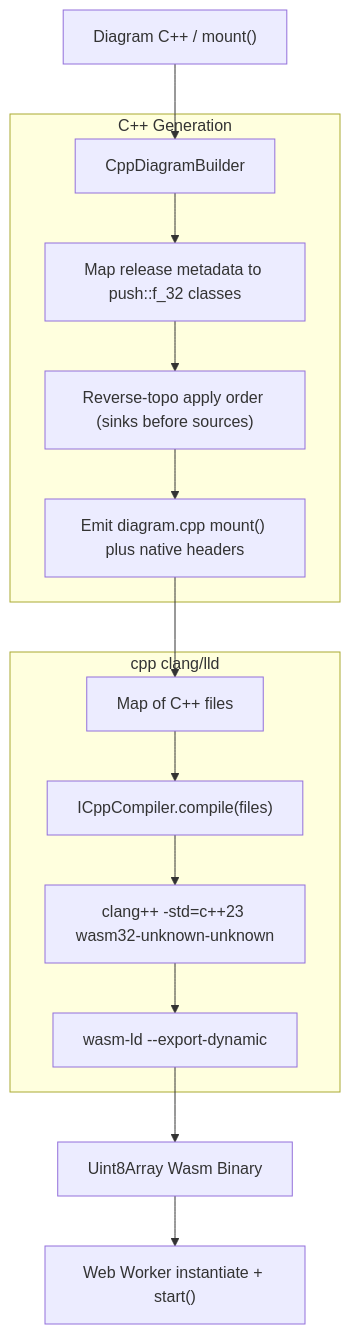
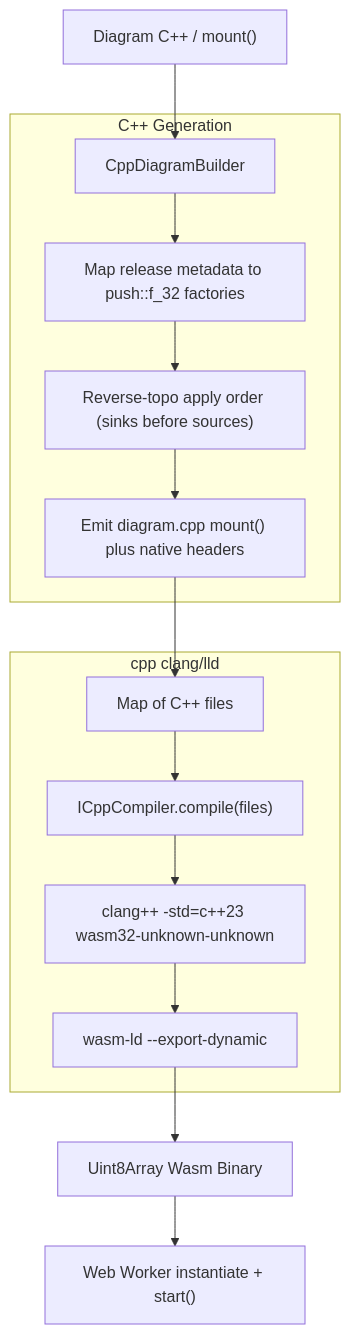
One commit to dzmauchy/bld changed the second of 4 diagrams in README.md. Above: the diagram before and after it, drawn with Mermaid. The commit also changed other lines of this file and 21 other files, not shown here.

````diff
--- a/README.md
+++ b/README.md
@@ -162,21 +162,21 @@
 ```mermaid
 flowchart TD
     A["Diagram C++ / mount()"] --> B["CppDiagramBuilder"]
     
     subgraph Emit["C++ Generation"]
-        B --> B1["Map release metadata to push::f_32 classes"]
+        B --> B1["Map release metadata to push::f_32 factories"]
         B1 --> B2["Reverse-topo apply order (sinks before sources)"]
         B2 --> B3["Emit diagram.cpp mount() plus native headers"]
     end
     
     B3 --> C["Map of C++ files"]
     
     subgraph ClangLld["cpp clang/lld"]
         C --> D["ICppCompiler.compile(files)"]
         D --> E["clang++ -std=c++23 wasm32-unknown-unknown"]
         E --> F["wasm-ld --export-dynamic"]
     end
     
     F --> G["Uint8Array Wasm Binary"]
     G --> H["Web Worker instantiate + start()"]
 ```
````
